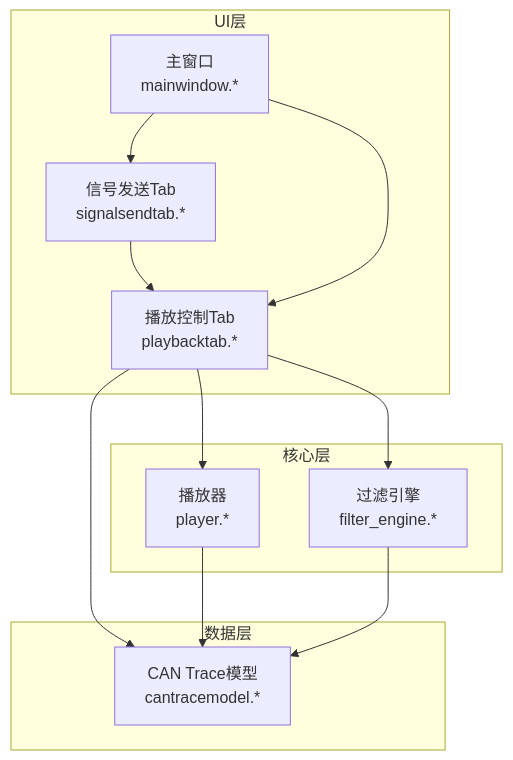
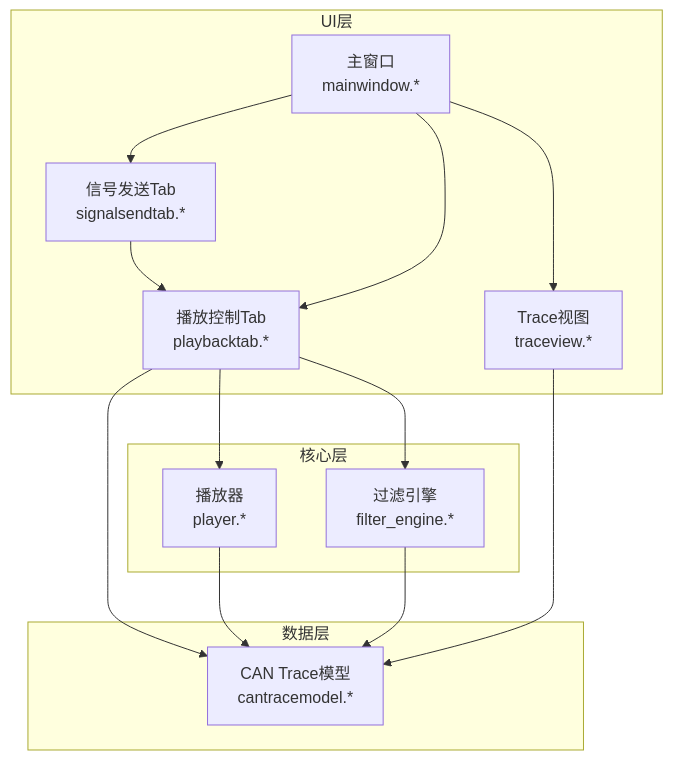
Before and after one commit to jakecai1225-design/OpenBus: the first of 7 diagrams in .qoder/repowiki/zh/content/架构设计/UI系统设计/播放控制Tab组件.md, drawn with Mermaid. The commit also changed other lines of this file and 38 other files, not shown here.

````diff
--- a/.qoder/repowiki/zh/content/架构设计/UI系统设计/播放控制Tab组件.md
+++ b/.qoder/repowiki/zh/content/架构设计/UI系统设计/播放控制Tab组件.md
@@ -49,23 +52,26 @@
 ```mermaid
 graph TB
 subgraph "UI层"
 PlaybackTab["播放控制Tab<br/>playbacktab.*"]
 SignalSendTab["信号发送Tab<br/>signalsendtab.*"]
 MainWindow["主窗口<br/>mainwindow.*"]
+TraceView["Trace视图<br/>traceview.*"]
 end
 subgraph "核心层"
 Player["播放器<br/>player.*"]
 FilterEngine["过滤引擎<br/>filter_engine.*"]
 end
 subgraph "数据层"
 TraceModel["CAN Trace模型<br/>cantracemodel.*"]
 end
 PlaybackTab --> Player
 PlaybackTab --> FilterEngine
 PlaybackTab --> TraceModel
 SignalSendTab --> PlaybackTab
 MainWindow --> PlaybackTab
 MainWindow --> SignalSendTab
+MainWindow --> TraceView
 Player --> TraceModel
 FilterEngine --> TraceModel
+TraceView --> TraceModel
 ```
````
